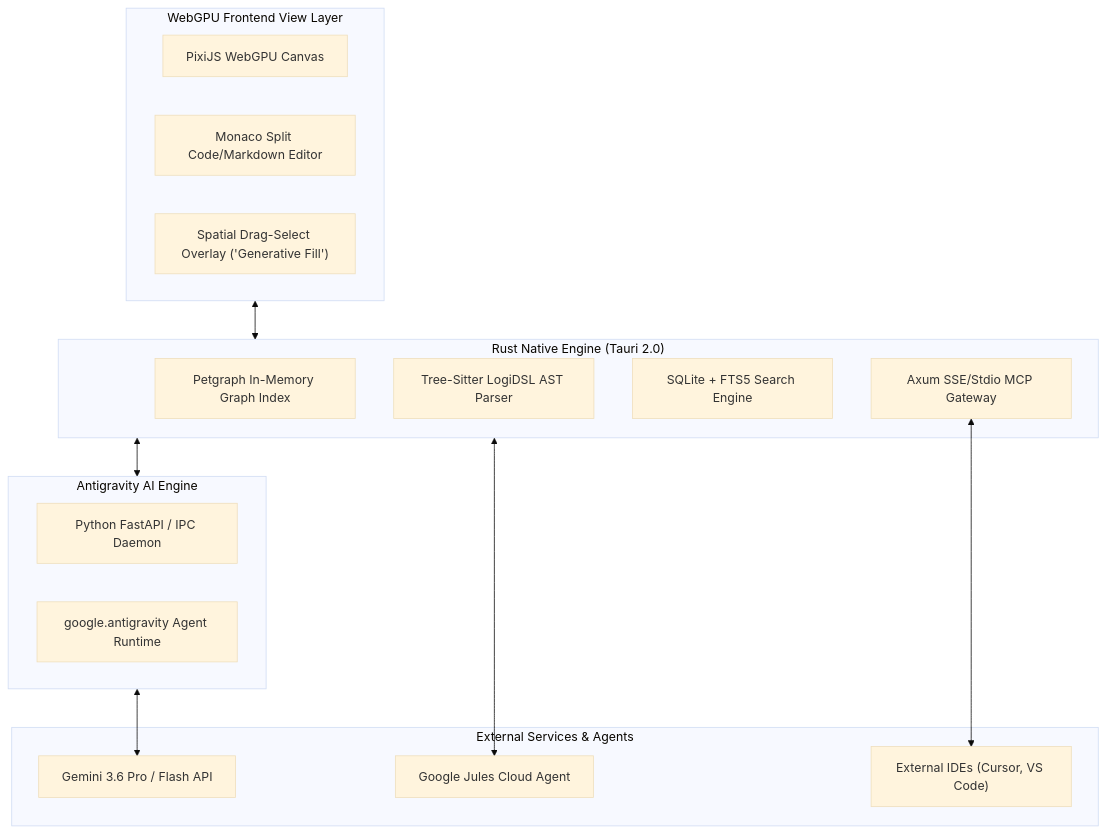
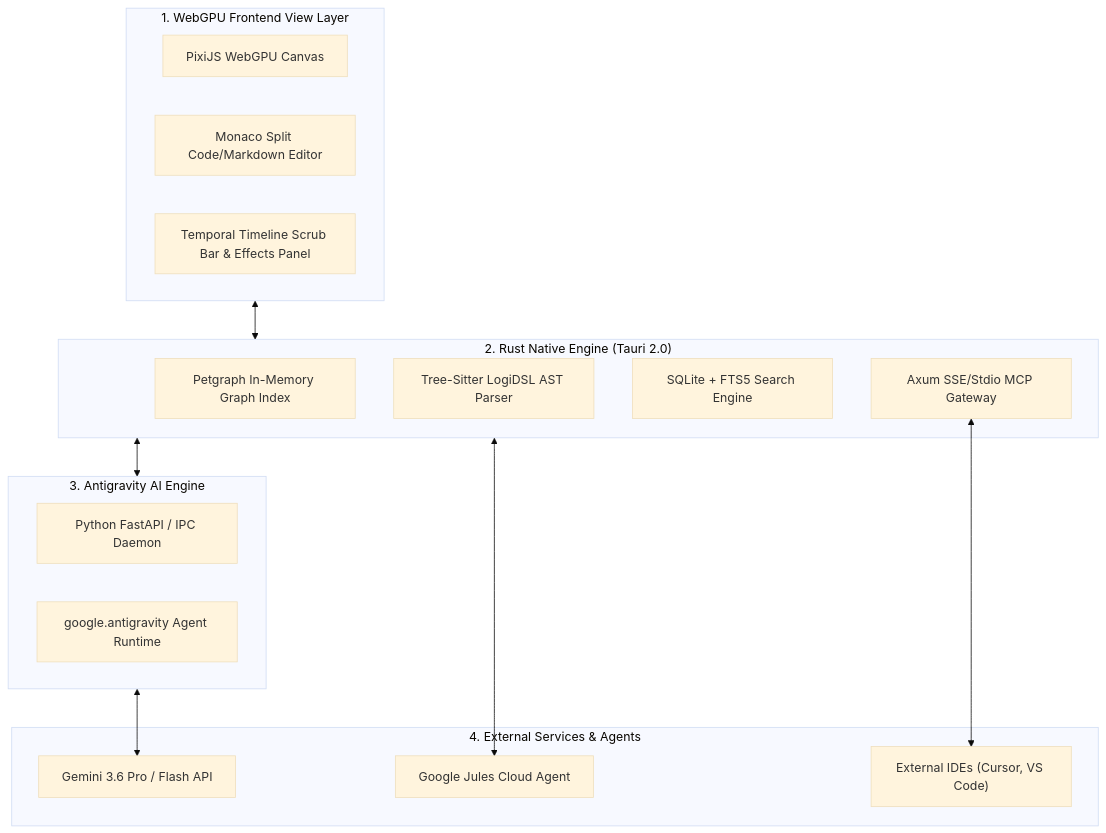
Before and after one commit to lo3chan/twoballoons: the diagram in README.md, drawn with Mermaid (base theme). The commit also changed other lines of this file and 1 other file, not shown here.

Commit message:
Add Master System Integration Spec with comprehensive component linkage graphs & sequence flows

````diff
--- a/README.md
+++ b/README.md
@@ -44,32 +49,32 @@
 ```mermaid
 graph TD
-    subgraph UI["WebGPU Frontend View Layer"]
+    subgraph UI["1. WebGPU Frontend View Layer"]
         Canvas["PixiJS WebGPU Canvas"]
         Editor["Monaco Split Code/Markdown Editor"]
-        Spatial["Spatial Drag-Select Overlay ('Generative Fill')"]
+        Timeline["Temporal Timeline Scrub Bar & Effects Panel"]
     end
 
-    subgraph Core["Rust Native Engine (Tauri 2.0)"]
+    subgraph Core["2. Rust Native Engine (Tauri 2.0)"]
         Petgraph["Petgraph In-Memory Graph Index"]
         TreeSitter["Tree-Sitter LogiDSL AST Parser"]
         SQLite["SQLite + FTS5 Search Engine"]
         MCPServer["Axum SSE/Stdio MCP Gateway"]
     end
 
-    subgraph Sidecar["Antigravity AI Engine"]
+    subgraph Sidecar["3. Antigravity AI Engine"]
         Daemon["Python FastAPI / IPC Daemon"]
         Agent["google.antigravity Agent Runtime"]
     end
 
-    subgraph External["External Services & Agents"]
+    subgraph External["4. External Services & Agents"]
         Jules["Google Jules Cloud Agent"]
         IDEs["External IDEs (Cursor, VS Code)"]
         Gemini["Gemini 3.6 Pro / Flash API"]
     end
 
     UI <--> Core
     Core <--> Sidecar
     Sidecar <--> Gemini
     MCPServer <--> IDEs
     Core <--> Jules
 ```
````
